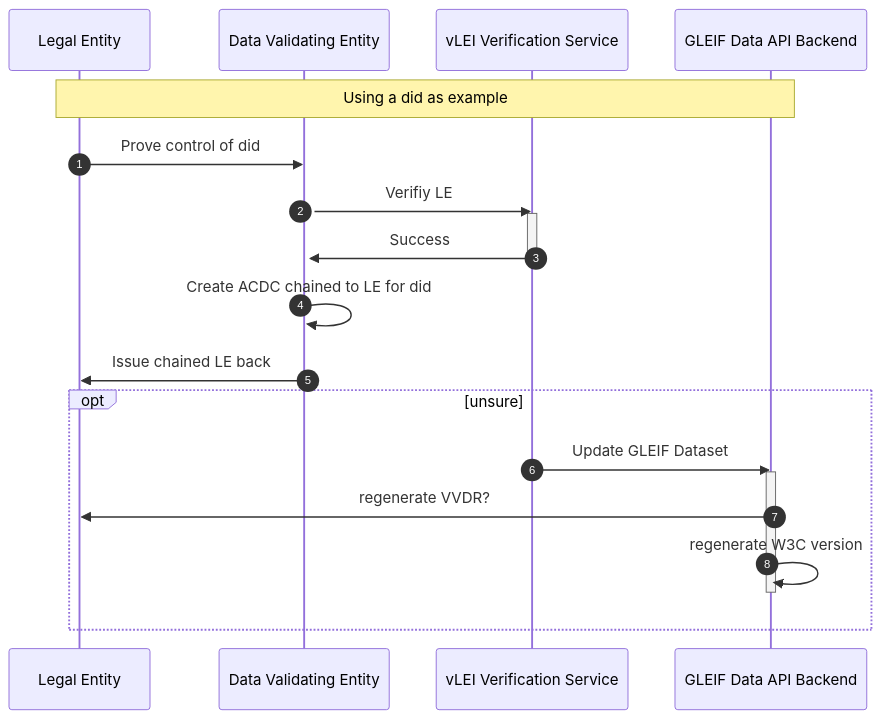
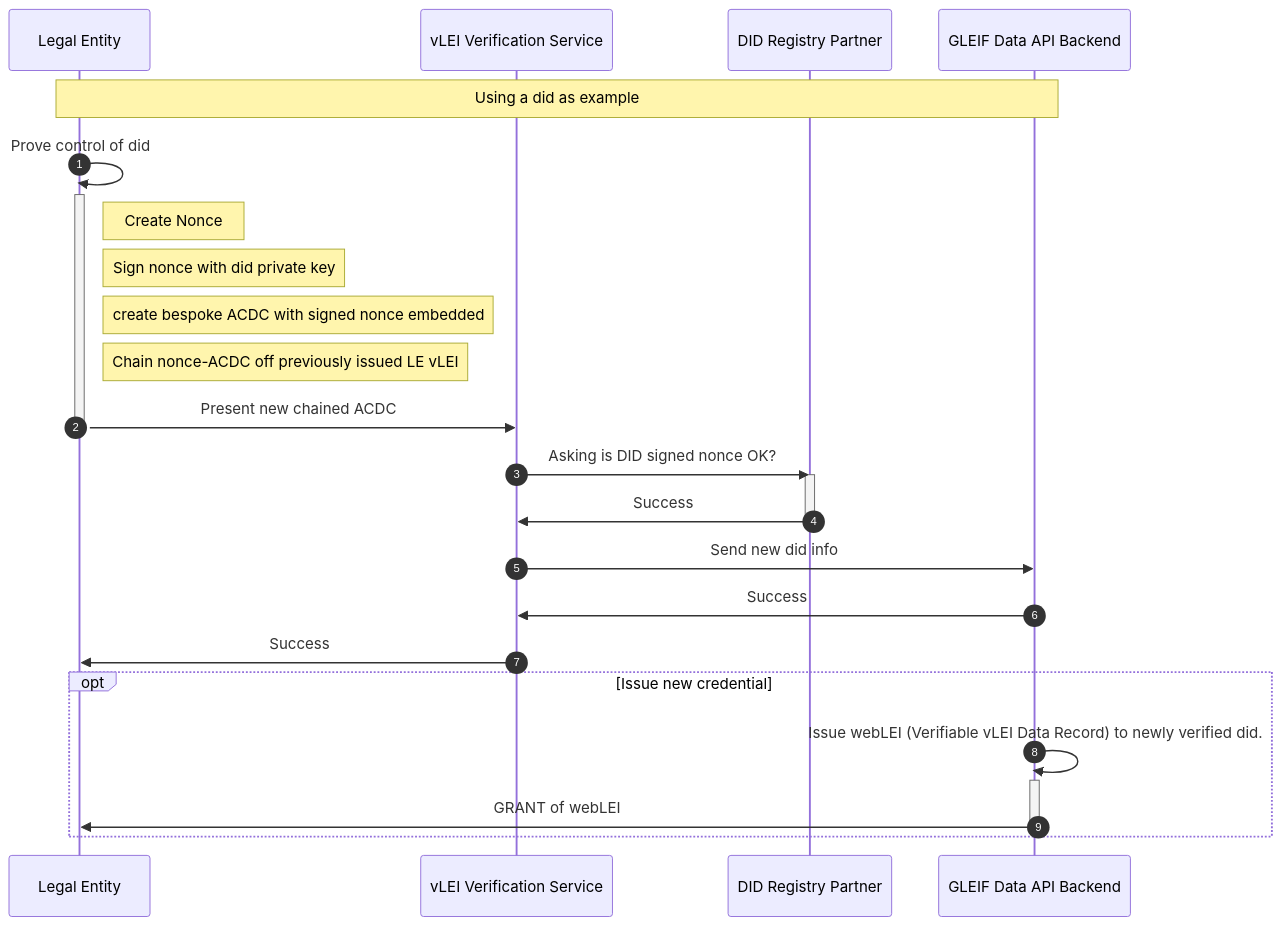
The diagram in add-existing-data-to-vlei.md (m00sey/merfolk), drawn with Mermaid before and after one commit. The commit also changed 4 other files, not shown here.

````diff
--- a/add-existing-data-to-vlei.md
+++ b/add-existing-data-to-vlei.md
@@ -1,26 +1,35 @@
 ```mermaid
 sequenceDiagram
 autonumber
 
 participant LE as Legal Entity
-participant D as Data Validating Entity
 participant V as vLEI Verification Service
+participant D as DID Registry Partner
 participant G as GLEIF Data API Backend
 Note over LE,G: Using a did as example
-LE->>D: Prove control of did
+
+LE->>LE: Prove control of did
+activate LE
+Note right of LE: Create Nonce
+Note right of LE: Sign nonce with did private key
+Note right of LE: create bespoke ACDC with signed nonce embedded
+Note right of LE: Chain nonce-ACDC off previously issued LE vLEI
+LE->>V: Present new chained ACDC
+deactivate LE
+
+V->>D: Asking is DID signed nonce OK?
 activate D
-D->>V: Verifiy LE
-activate V
-V->>D: Success
-deactivate V
-D->>D: Create ACDC chained to LE for did
-D->>LE: Issue chained LE back
-opt unsure
-V->>G: Update GLEIF Dataset
+D->>V: Success
+deactivate D
+
+V->>G: Send new did info
+G->>V: Success
+V->>LE: Success
+
+opt Issue new credential
+G->>G:  Issue webLEI (Verifiable vLEI Data Record) to newly verified did.
 activate G
-G->>LE: regenerate VVDR?
-G->>G: regenerate W3C version
+G->>LE: GRANT of webLEI
 deactivate G
 end
-
 ```
````
